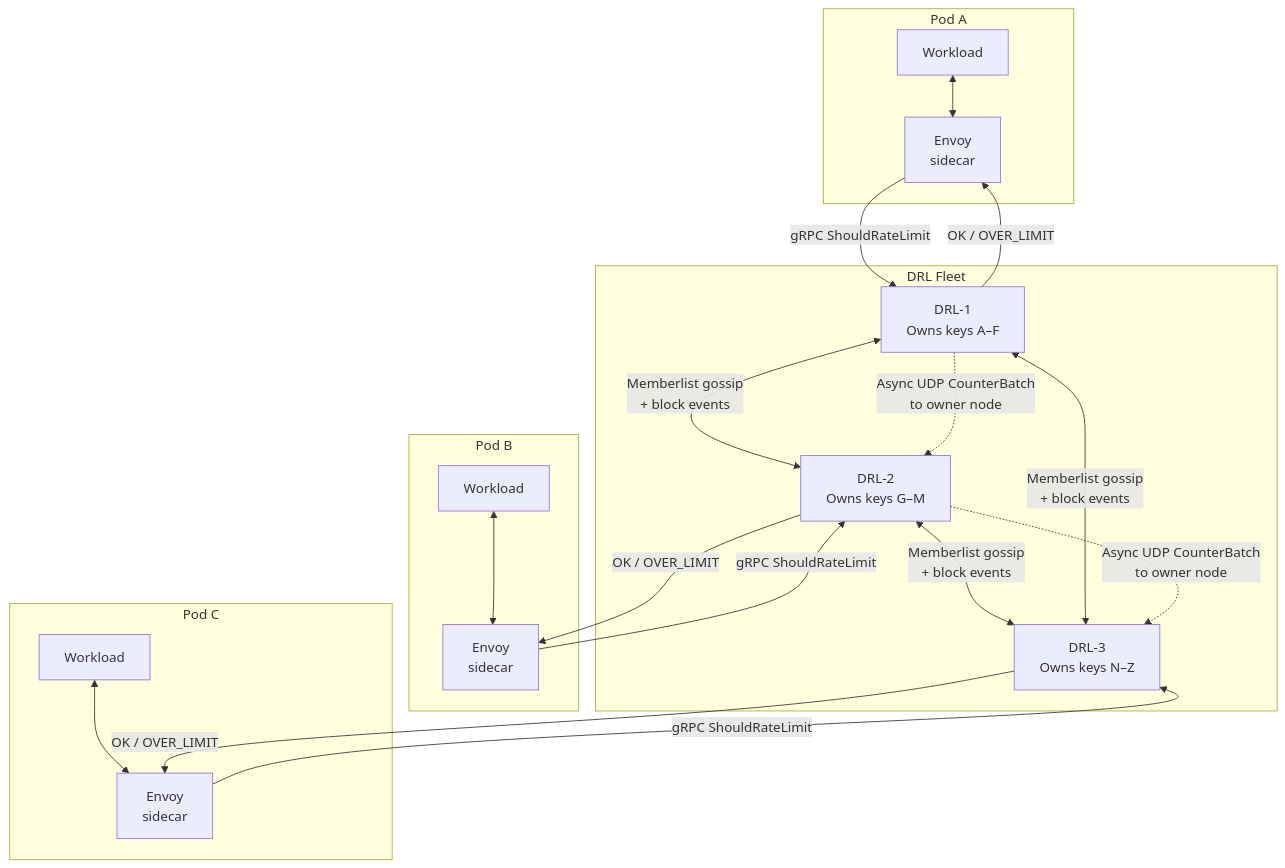
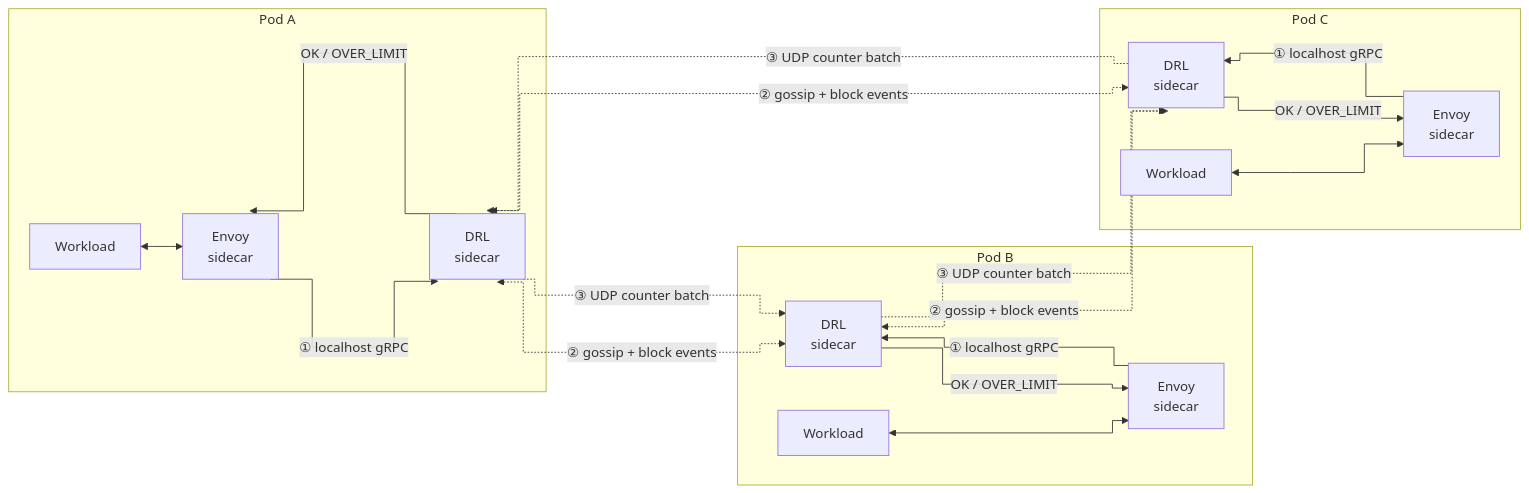
One commit to gchiesa/drl changed the diagram in README.md. Above: the diagram before and after it, drawn with Mermaid. The commit also changed other lines of this file and 44 other files, not shown here.

Commit message:
docs: update documentation and architecture diagrams

````diff
--- a/README.md
+++ b/README.md
@@ -15,32 +27,27 @@
 ```mermaid
-graph TB
+%%{init: {'flowchart': {'curve': 'step'}}}%%
+flowchart LR
     subgraph pod-a ["Pod A"]
         WA["Workload"] <--> EA["Envoy\nsidecar"]
+        EA -- "① localhost gRPC" --> DA["DRL\nsidecar"]
+        DA -- "OK / OVER_LIMIT" --> EA
     end
     subgraph pod-b ["Pod B"]
         WB["Workload"] <--> EB["Envoy\nsidecar"]
+        EB -- "① localhost gRPC" --> DB["DRL\nsidecar"]
+        DB -- "OK / OVER_LIMIT" --> EB
     end
     subgraph pod-c ["Pod C"]
         WC["Workload"] <--> EC["Envoy\nsidecar"]
+        EC -- "① localhost gRPC" --> DC["DRL\nsidecar"]
+        DC -- "OK / OVER_LIMIT" --> EC
     end
 
-    EA -->|"gRPC ShouldRateLimit"| DRL1
-    EB -->|"gRPC ShouldRateLimit"| DRL2
-    EC -->|"gRPC ShouldRateLimit"| DRL3
+    DA <-.->|"② gossip + block events"| DB
+    DB <-.->|"② gossip + block events"| DC
+    DA <-.->|"② gossip + block events"| DC
 
-    subgraph drl-fleet ["DRL Fleet"]
-        DRL1["DRL-1\nOwns keys A–F"]
-        DRL2["DRL-2\nOwns keys G–M"]
-        DRL3["DRL-3\nOwns keys N–Z"]
-        DRL1 <-->|"Memberlist gossip\n+ block events"| DRL2
-        DRL2 <-->|"Memberlist gossip\n+ block events"| DRL3
-        DRL1 <-->|"Memberlist gossip\n+ block events"| DRL3
-    end
-
-    DRL1 -->|"OK / OVER_LIMIT"| EA
-    DRL2 -->|"OK / OVER_LIMIT"| EB
-    DRL3 -->|"OK / OVER_LIMIT"| EC
-
-    DRL1 -.->|"Async UDP CounterBatch\nto owner node"| DRL2
-    DRL2 -.->|"Async UDP CounterBatch\nto owner node"| DRL3
+    DA -.->|"③ UDP counter batch"| DB
+    DB -.->|"③ UDP counter batch"| DC
+    DC -.->|"③ UDP counter batch"| DA
 ```
````
